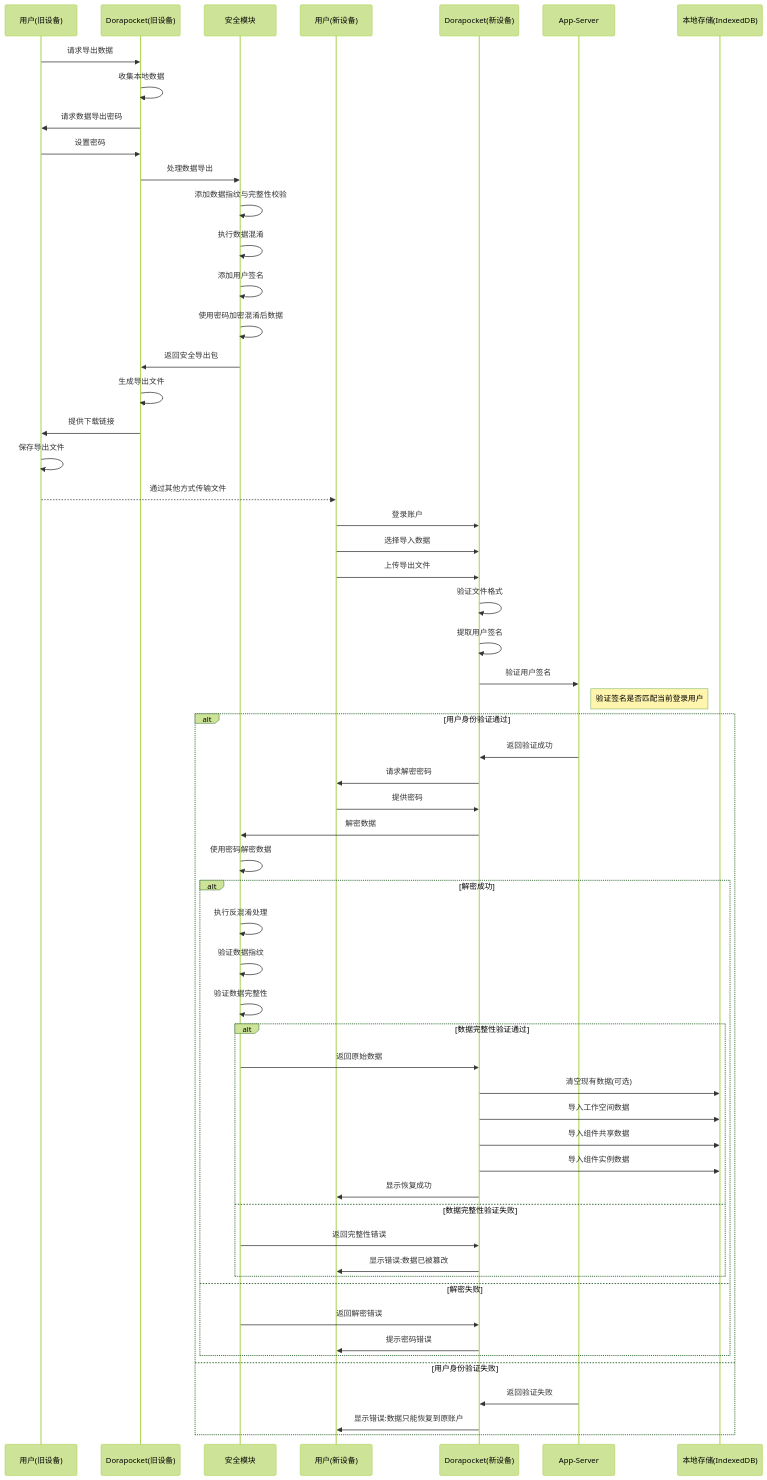
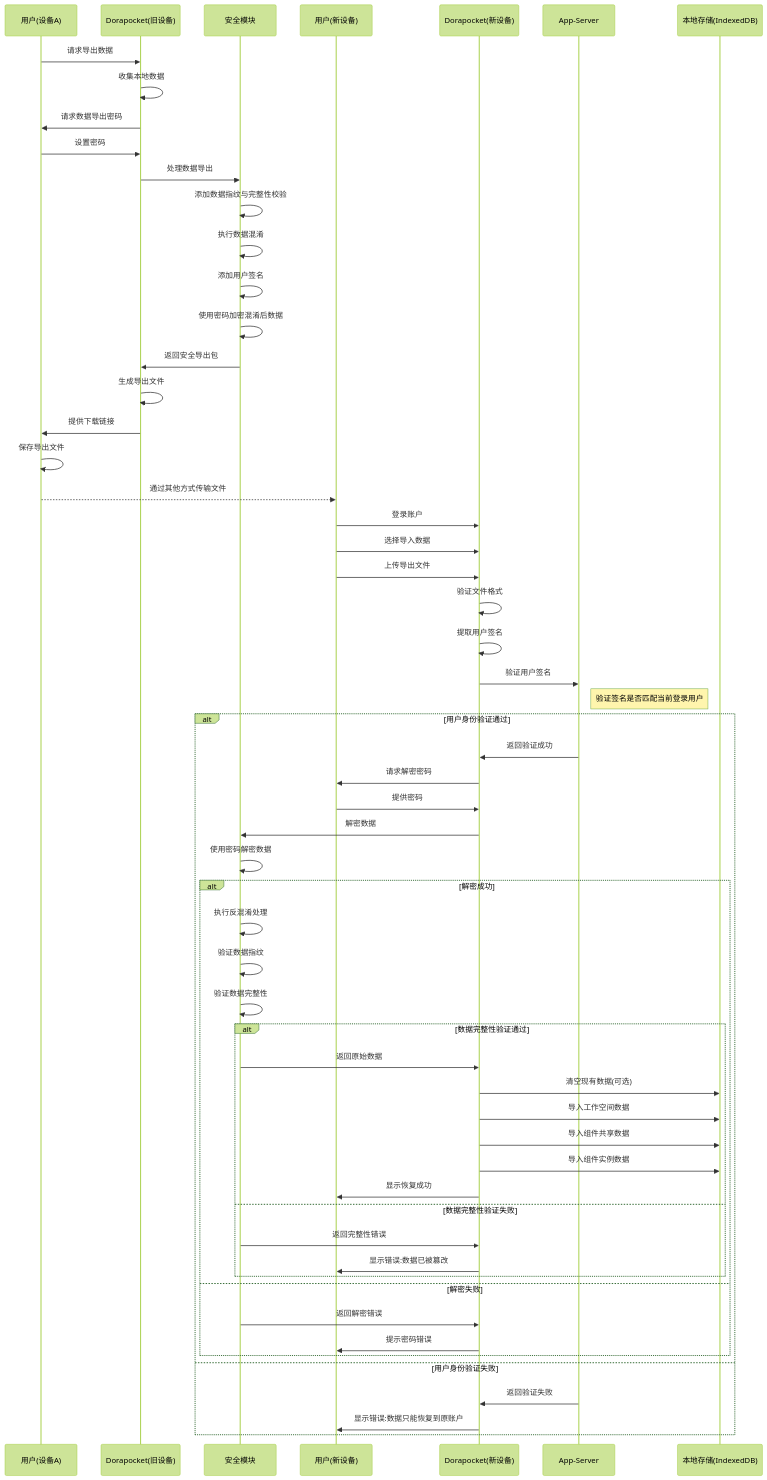
Before and after one commit to yingjianzh/iodraw-files: the diagram in all/未命名-34.md, drawn with Mermaid (forest theme).

Commit message:
2025-04-17 16:44:52 update

````diff
--- a/all/未命名-34.md
+++ b/all/未命名-34.md
@@ -1,74 +1,74 @@
 ```mermaid
 sequenceDiagram
-    participant UserOld as 用户(旧设备)
+    participant UserOld as 用户(设备A)
     participant AppOld as Dorapocket(旧设备)
     participant Security as 安全模块
     participant UserNew as 用户(新设备)
     participant AppNew as Dorapocket(新设备)
     participant AppServer as App-Server
     participant LocalDB as 本地存储(IndexedDB)
     
     %% 导出流程
     UserOld->>AppOld: 请求导出数据
     AppOld->>AppOld: 收集本地数据
     AppOld->>UserOld: 请求数据导出密码
     UserOld->>AppOld: 设置密码
     
     AppOld->>Security: 处理数据导出
     Security->>Security: 添加数据指纹与完整性校验
     Security->>Security: 执行数据混淆
     Security->>Security: 添加用户签名
     Security->>Security: 使用密码加密混淆后数据
     Security->>AppOld: 返回安全导出包
     
     AppOld->>AppOld: 生成导出文件
     AppOld->>UserOld: 提供下载链接
     UserOld->>UserOld: 保存导出文件
     
     %% 传输文件(由用户完成)
     UserOld-->>UserNew: 通过其他方式传输文件
     
     %% 恢复流程
     UserNew->>AppNew: 登录账户
     UserNew->>AppNew: 选择导入数据
     UserNew->>AppNew: 上传导出文件
     
     AppNew->>AppNew: 验证文件格式
     AppNew->>AppNew: 提取用户签名
     
     AppNew->>AppServer: 验证用户签名
     note right of AppServer: 验证签名是否匹配当前登录用户
     
     alt 用户身份验证通过
         AppServer->>AppNew: 返回验证成功
         AppNew->>UserNew: 请求解密密码
         UserNew->>AppNew: 提供密码
         
         AppNew->>Security: 解密数据
         Security->>Security: 使用密码解密数据
         
         alt 解密成功
             Security->>Security: 执行反混淆处理
             Security->>Security: 验证数据指纹
             Security->>Security: 验证数据完整性
             
             alt 数据完整性验证通过
                 Security->>AppNew: 返回原始数据
                 AppNew->>LocalDB: 清空现有数据(可选)
                 AppNew->>LocalDB: 导入工作空间数据
                 AppNew->>LocalDB: 导入组件共享数据
                 AppNew->>LocalDB: 导入组件实例数据
                 AppNew->>UserNew: 显示恢复成功
             else 数据完整性验证失败
                 Security->>AppNew: 返回完整性错误
                 AppNew->>UserNew: 显示错误:数据已被篡改
             end
         else 解密失败
             Security->>AppNew: 返回解密错误
             AppNew->>UserNew: 提示密码错误
         end
     else 用户身份验证失败
         AppServer->>AppNew: 返回验证失败
         AppNew->>UserNew: 显示错误:数据只能恢复到原账户
     end
 ```
````
